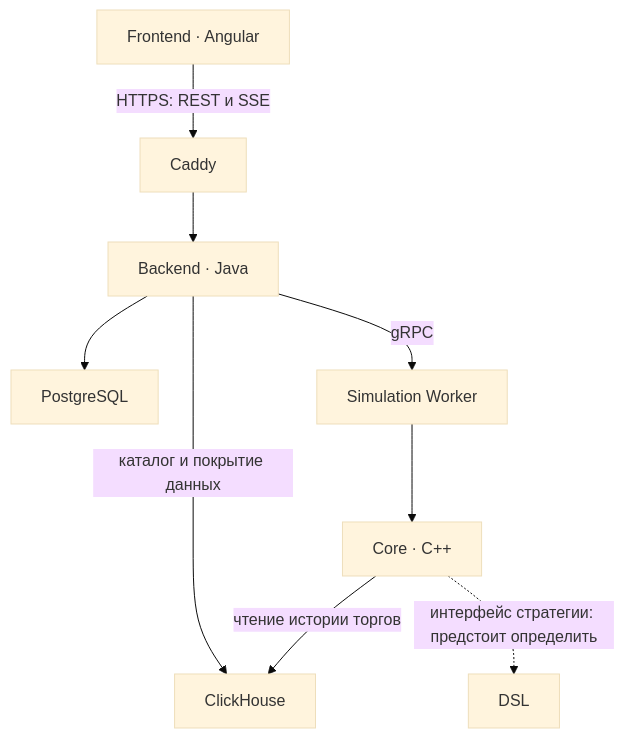
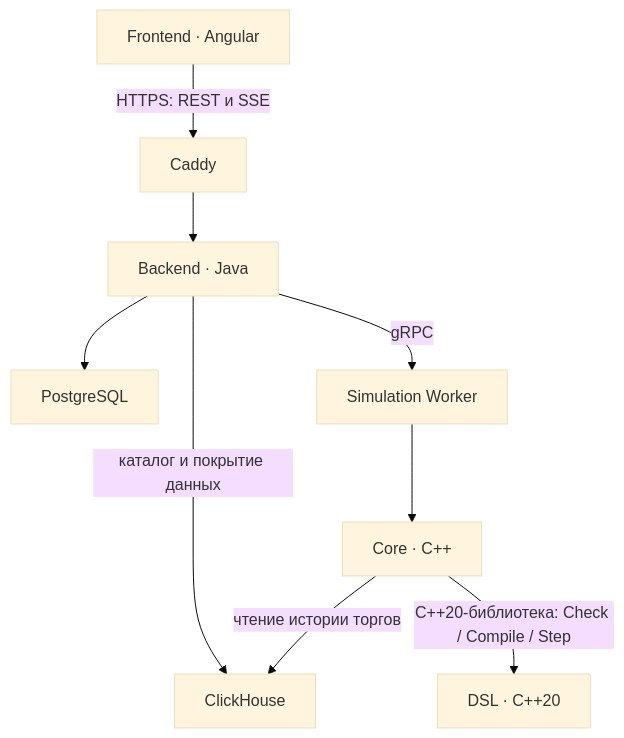
The diagram in architecture.md (tinkoff-trade-strategies-checking/documentation), drawn with Mermaid (base theme) before and after one commit. The commit also changed other lines of this file and 5 other files, not shown here.

````diff
--- a/architecture.md
+++ b/architecture.md
@@ -20,11 +20,11 @@
 ```mermaid
 flowchart TD
     UI["Frontend · Angular"] -->|"HTTPS: REST и SSE"| Caddy["Caddy"]
     Caddy --> Backend["Backend · Java"]
     Backend --> PG["PostgreSQL"]
     Backend -->|"gRPC"| Worker["Simulation Worker"]
     Worker --> Core["Core · C++"]
     Backend -->|"каталог и покрытие данных"| CH["ClickHouse"]
     Core -->|"чтение истории торгов"| CH
-    Core -.->|"интерфейс стратегии: предстоит определить"| DSL["DSL"]
+    Core -->|"C++20-библиотека: Check / Compile / Step"| DSL["DSL · C++20"]
 ```
````
